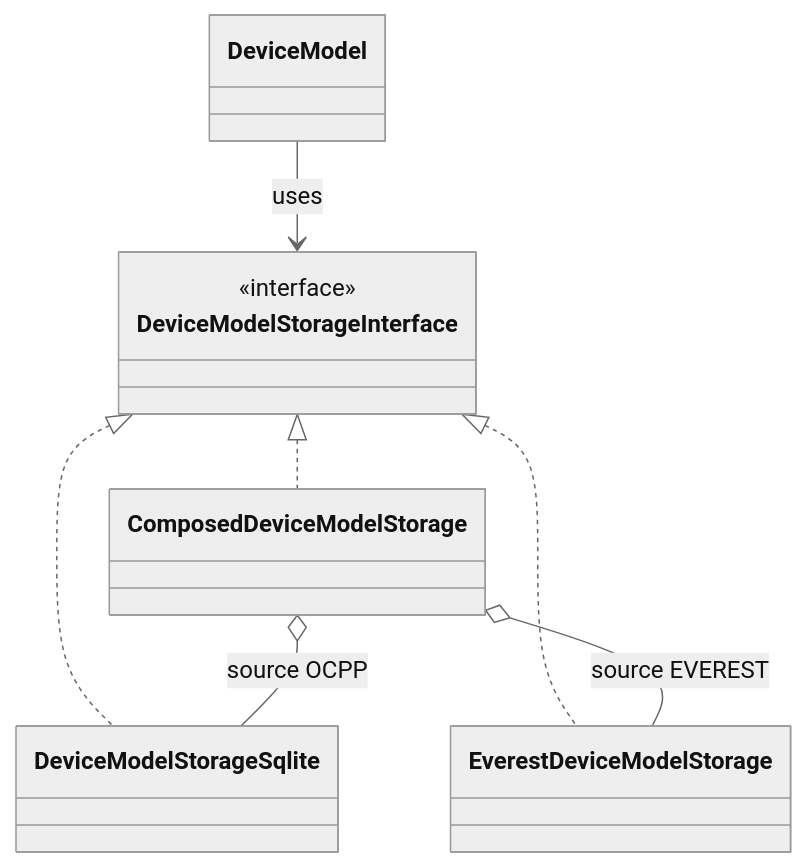
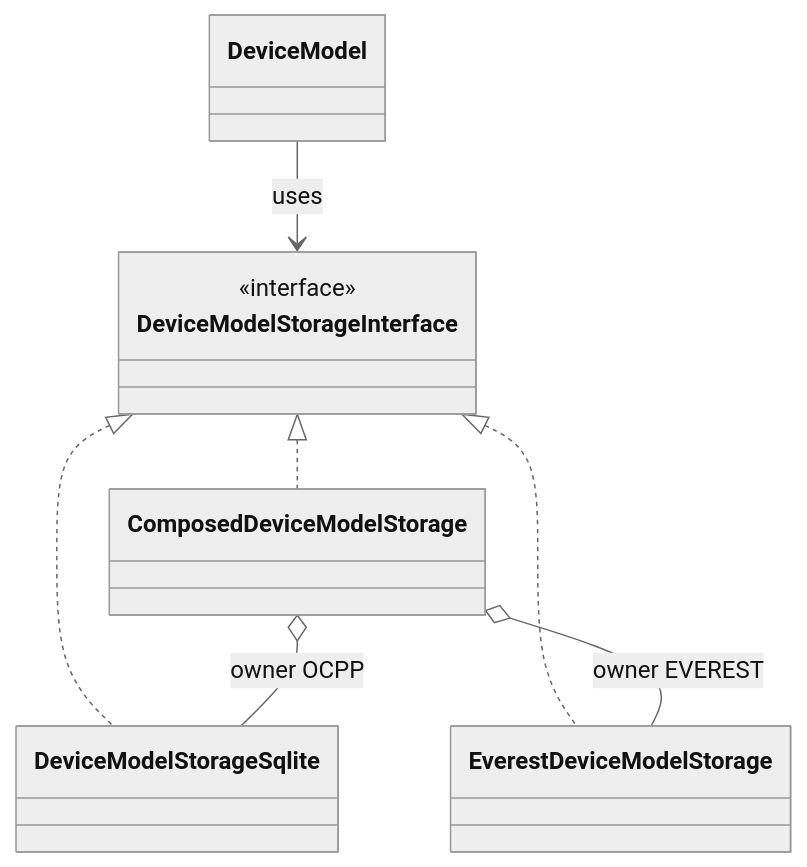
Before and after one commit to EVerest/EVerest: the first of 2 diagrams in modules/EVSE/OCPPmulti/docs/index.rst, drawn with Mermaid (neutral theme). The commit also changed other lines of this file, not shown here.

First line of the commit message:
docs(OCPPmulti): describe device model routing by owner

```diff
--- a/modules/EVSE/OCPPmulti/docs/index.rst
+++ b/modules/EVSE/OCPPmulti/docs/index.rst
@@ -237,16 +239,16 @@
 .. mermaid::
 
    classDiagram
        class DeviceModel
        class DeviceModelStorageInterface {
            <<interface>>
        }
        class ComposedDeviceModelStorage
        class DeviceModelStorageSqlite
        class EverestDeviceModelStorage
        DeviceModel --> DeviceModelStorageInterface : uses
        DeviceModelStorageInterface <|.. ComposedDeviceModelStorage
        DeviceModelStorageInterface <|.. DeviceModelStorageSqlite
        DeviceModelStorageInterface <|.. EverestDeviceModelStorage
-       ComposedDeviceModelStorage o-- DeviceModelStorageSqlite : source OCPP
-       ComposedDeviceModelStorage o-- EverestDeviceModelStorage : source EVEREST
+       ComposedDeviceModelStorage o-- DeviceModelStorageSqlite : owner OCPP
+       ComposedDeviceModelStorage o-- EverestDeviceModelStorage : owner EVEREST
```
